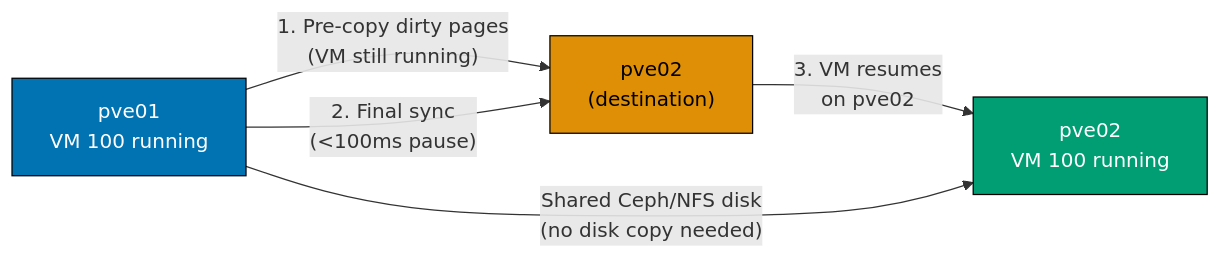
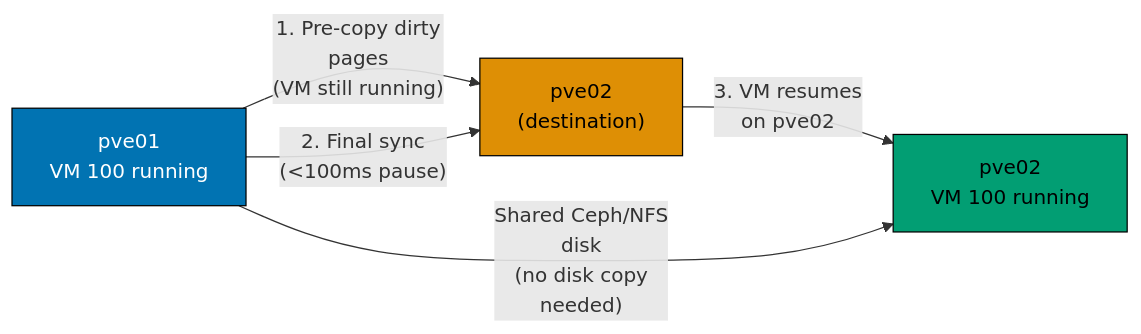
Before and after one commit to wahidyankf/ose-public: the third of 9 diagrams in apps/ayokoding-www/content/en/learn/legacy/software-engineering/infrastructure/tools/proxmox/by-example/intermediate.md, drawn with Mermaid. The commit also changed other lines of this file and 131 other files, not shown here.

First line of the commit message:
fix(mermaid): bring the legacy data, infrastructure, and testing diagrams onto the accessible palette

````diff
--- a/apps/ayokoding-www/content/en/learn/legacy/software-engineering/infrastructure/tools/proxmox/by-example/intermediate.md
+++ b/apps/ayokoding-www/content/en/learn/legacy/software-engineering/infrastructure/tools/proxmox/by-example/intermediate.md
@@ -154,12 +168,18 @@
 ```mermaid
 %% Color Palette: Blue #0173B2, Orange #DE8F05, Teal #029E73, Purple #CC78BC, Brown #CA9161
 graph LR
-    A["pve01<br/>VM 100 running"] -->|"1. Pre-copy dirty pages<br/>(VM still running)"| B["pve02<br/>(destination)"]
+    accTitle: Example 32: Perform Live Online VM Migration Between Nodes
+    accDescr: Graph with 3 nodes and 4 connections. Nodes: pve01 VM 100 running, pve02 (destination), pve02 VM 100 running. Connections: pve01 VM 100 running to pve02 (destination) (1. Pre-copy dirty pages (VM still running)), pve01 VM 100 running to pve02 (destination) (2. Final sync (<100ms pause)), pve02 (destination) to pve02 VM 100 running (3. VM resumes on pve02), pve01 VM 100 running to pve02 VM 100 running (Shared Ceph/NFS disk (no disk copy needed)).
+    A["pve01<br/>VM 100 running"] -->|"1. Pre-copy dirty<br/>pages<br/>(VM still running)"| B["pve02<br/>(destination)"]
     A -->|"2. Final sync<br/>(<100ms pause)"| B
     B -->|"3. VM resumes<br/>on pve02"| C["pve02<br/>VM 100 running"]
-    A -->|"Shared Ceph/NFS disk<br/>(no disk copy needed)"| C
+    A -->|"Shared Ceph/NFS<br/>disk<br/>(no disk copy<br/>needed)"| C
 
-    style A fill:#0173B2,color:#fff,stroke:#000
-    style B fill:#DE8F05,color:#000,stroke:#000
-    style C fill:#029E73,color:#fff,stroke:#000
+    classDef pal-0173B2 fill:#0173B2,stroke:#000000,color:#FFFFFF
+    class A pal-0173B2
+    classDef pal-DE8F05 fill:#DE8F05,stroke:#000000,color:#000000
+    class B pal-DE8F05
+    classDef pal-029E73 fill:#029E73,stroke:#000000,color:#000000
+    class C pal-029E73
+    classDef default fill:#FFFFFF,stroke:#000000,color:#000000
 ```
````
